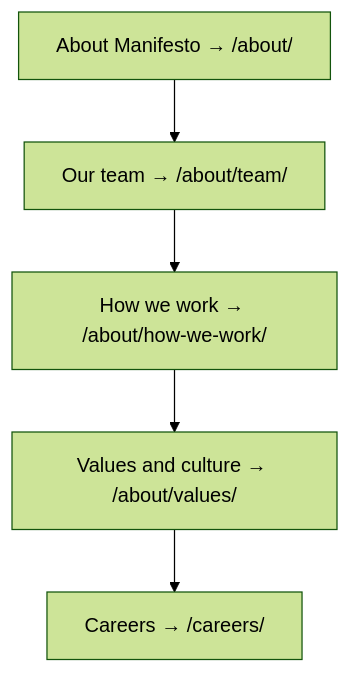
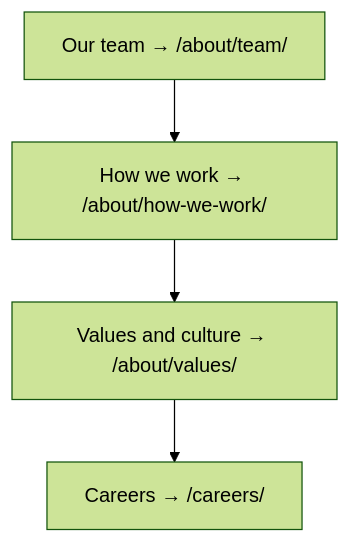
Before and after one commit to gsdd/temp-manifesto-ia: the fourth of 6 diagrams in docs/diagrams/mega-nav.md, drawn with Mermaid (forest theme). The commit also changed other lines of this file and 5 other files, not shown here.

Commit message:
v4 content matrix, wording decisions status, diagrams and README: pillar and quiet lines replace subtitles, service hero lines, intent map points at labels and pages, sector index removed from diagrams

````diff
--- a/docs/diagrams/mega-nav.md
+++ b/docs/diagrams/mega-nav.md
@@ -104,9 +77,8 @@
 ```mermaid
 flowchart TB
-    A1["About Manifesto → /about/"]
-    A2["Our team → /about/team/"]
-    A3["How we work → /about/how-we-work/"]
-    A4["Values and culture → /about/values/"]
-    A5["Careers → /careers/"]
-    A1 --> A2 --> A3 --> A4 --> A5
+    A1["Our team → /about/team/"]
+    A2["How we work → /about/how-we-work/"]
+    A3["Values and culture → /about/values/"]
+    A4["Careers → /careers/"]
+    A1 --> A2 --> A3 --> A4
 ```
````
